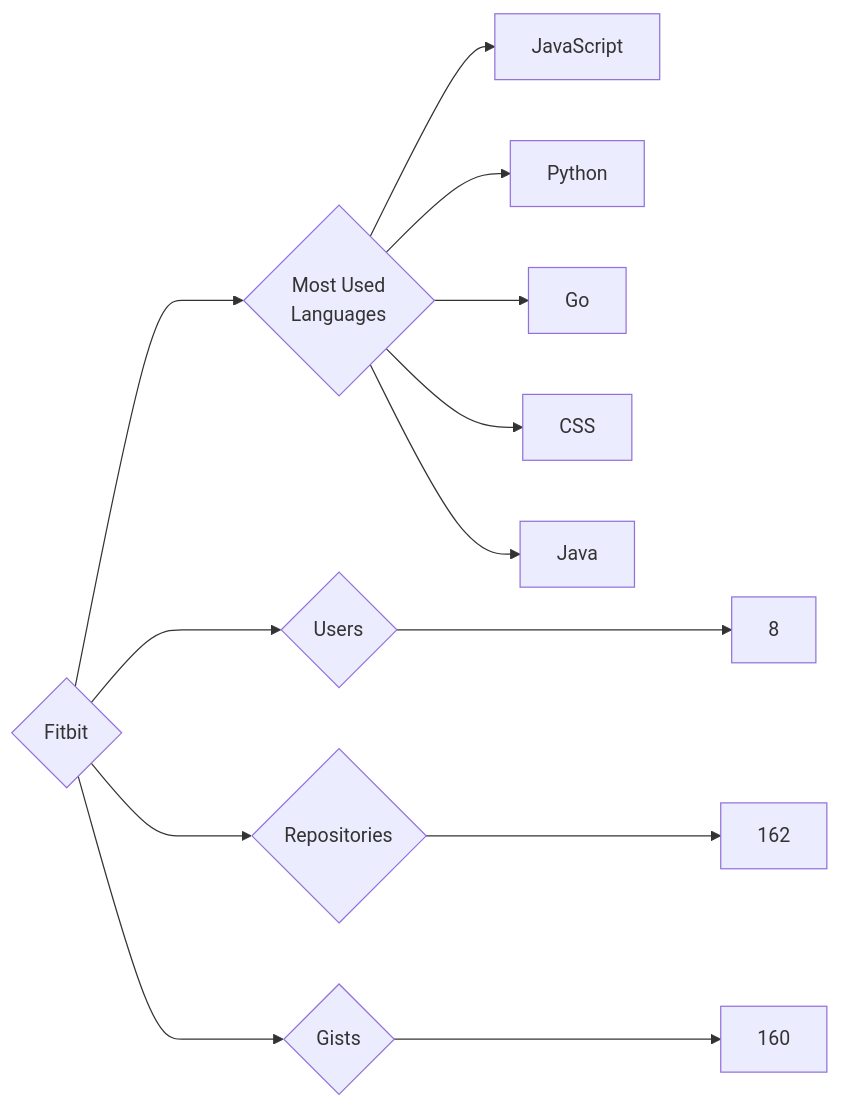
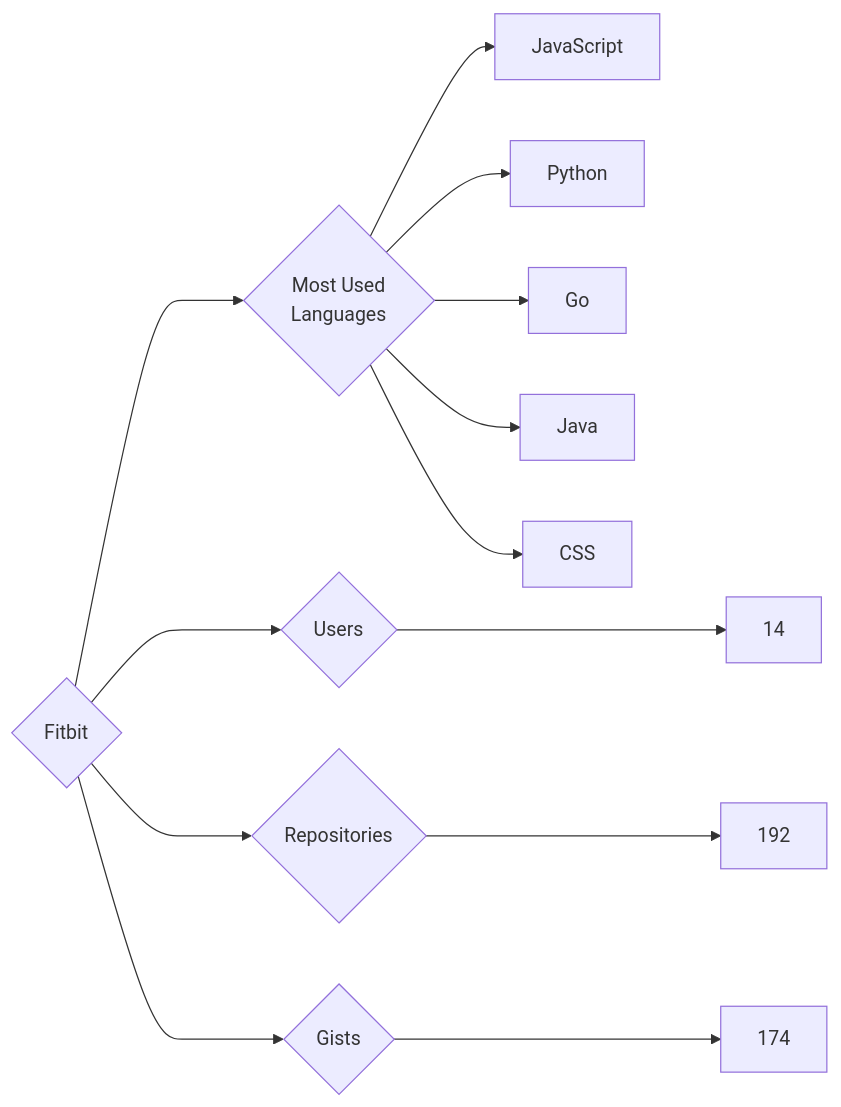
One commit to trickest/insiders changed the diagram in targets/Fitbit/README.md. Above: the diagram before and after it, drawn with Mermaid. The commit also changed 1314 other files, not shown here.

````diff
--- a/targets/Fitbit/README.md
+++ b/targets/Fitbit/README.md
@@ -3,13 +3,13 @@
 ```mermaid
 graph LR
 COMPANY_NAME{Fitbit}
-COMPANY_NAME ---> U{Users} ---> UN[8]
-COMPANY_NAME ---> R{Repositories} ---> RN[162]
-COMPANY_NAME ---> G{Gists} ---> GN[160]
+COMPANY_NAME ---> U{Users} ---> UN[14]
+COMPANY_NAME ---> R{Repositories} ---> RN[192]
+COMPANY_NAME ---> G{Gists} ---> GN[174]
 COMPANY_NAME ---> ML{Most Used<br>Languages}
 ML --> JavaScript[JavaScript]
 ML --> Python[Python]
 ML --> Go[Go]
+ML --> Java[Java]
 ML --> CSS[CSS]
-ML --> Java[Java]
 ```
````
